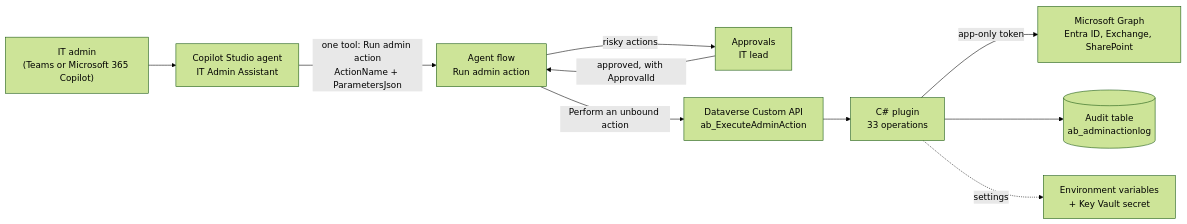
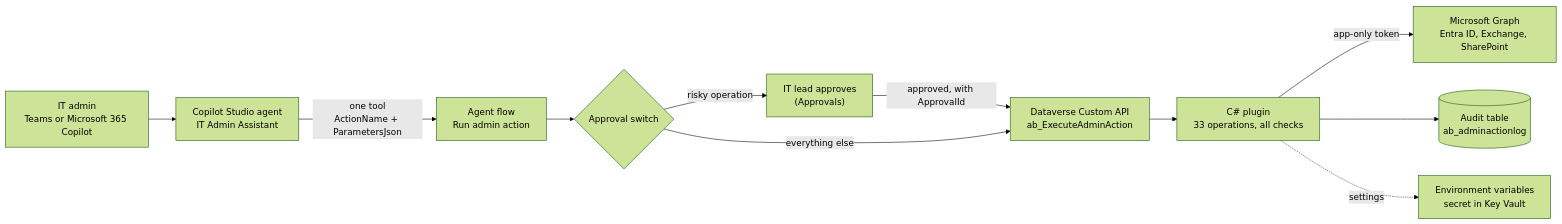
Before and after one commit to arihantexplains/build-lab-ep01-it-onboarding-agent: the diagram in README.md, drawn with Mermaid (forest theme). The commit also changed other lines of this file and 93 other files, not shown here.

First line of the commit message:
Top-class README, architecture deep dive, XML docs and repo files

````diff
--- a/README.md
+++ b/README.md
@@ -27,12 +46,13 @@
 ```mermaid
 flowchart LR
-    U["IT admin<br/>(Teams or Microsoft 365 Copilot)"] --> A["Copilot Studio agent<br/>IT Admin Assistant"]
-    A -- "one tool: Run admin action<br/>ActionName + ParametersJson" --> F["Agent flow<br/>Run admin action"]
-    F -- "risky actions" --> AP["Approvals<br/>IT lead"]
-    AP -- "approved, with ApprovalId" --> F
-    F -- "Perform an unbound action" --> C["Dataverse Custom API<br/>ab_ExecuteAdminAction"]
-    C --> P["C# plugin<br/>33 operations"]
+    U["IT admin<br/>Teams or Microsoft 365 Copilot"] --> A["Copilot Studio agent<br/>IT Admin Assistant"]
+    A -- "one tool<br/>ActionName + ParametersJson" --> F["Agent flow<br/>Run admin action"]
+    F --> S{"Approval switch"}
+    S -- "risky operation" --> AP["IT lead approves<br/>(Approvals)"]
+    AP -- "approved, with ApprovalId" --> C
+    S -- "everything else" --> C["Dataverse Custom API<br/>ab_ExecuteAdminAction"]
+    C --> P["C# plugin<br/>33 operations, all checks"]
     P -- "app-only token" --> G["Microsoft Graph<br/>Entra ID, Exchange, SharePoint"]
     P --> L[("Audit table<br/>ab_adminactionlog")]
-    P -. "settings" .-> E["Environment variables<br/>+ Key Vault secret"]
+    P -. "settings" .-> E["Environment variables<br/>secret in Key Vault"]
 ```
````
